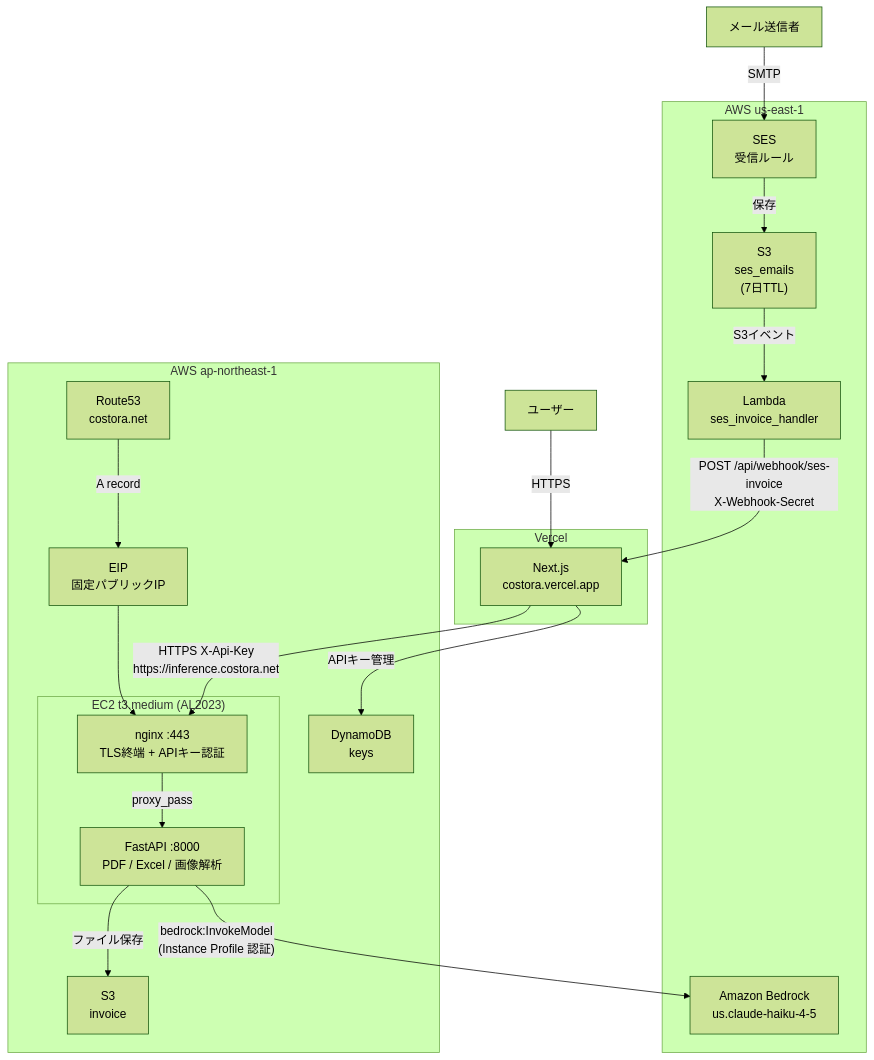
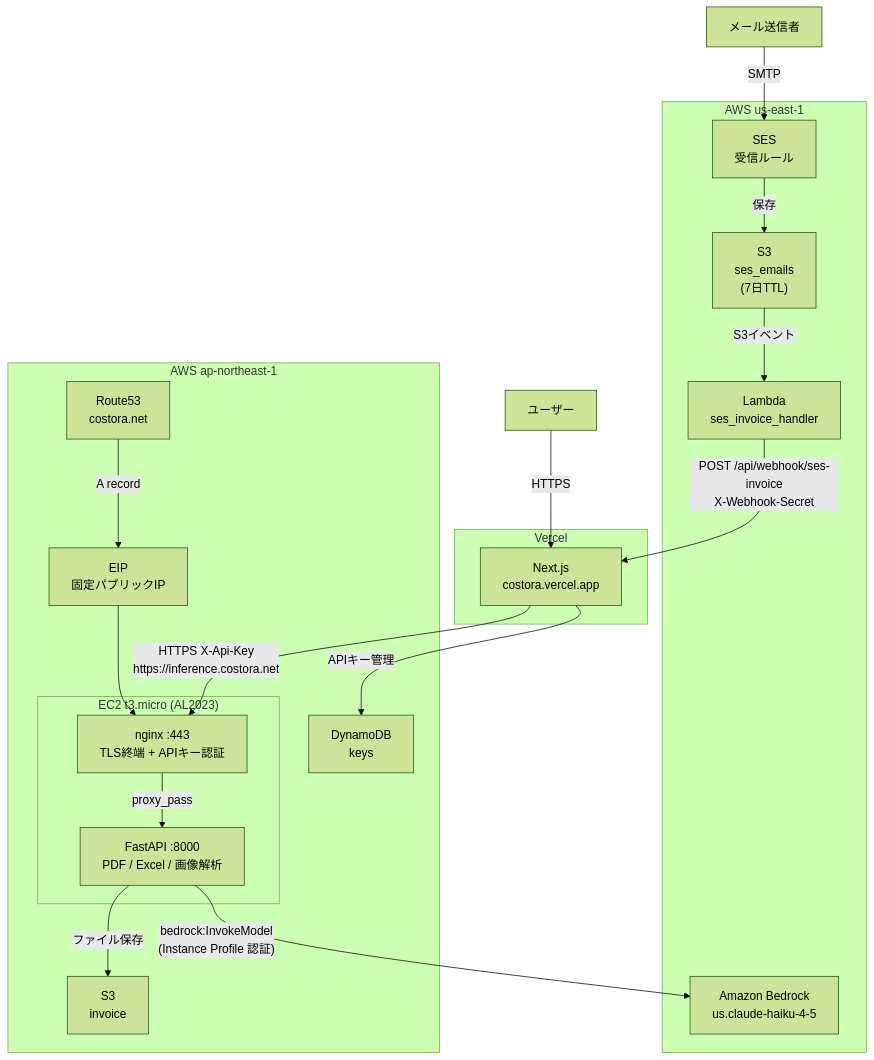
Before and after one commit to sota0113/costora-infra: the diagram in CLAUDE.md, drawn with Mermaid (forest theme). The commit also changed other lines of this file and 2 other files, not shown here.

````diff
--- a/CLAUDE.md
+++ b/CLAUDE.md
@@ -21,42 +22,42 @@
 ```mermaid
 flowchart TD
     sender["メール送信者"]
     user["ユーザー"]
 
     subgraph use1["AWS us-east-1"]
         ses["SES\n受信ルール"]
         s3mail["S3\nses_emails\n(7日TTL)"]
         lambda["Lambda\nses_invoice_handler"]
         bedrock["Amazon Bedrock\nus.claude-haiku-4-5"]
     end
 
     subgraph apne1["AWS ap-northeast-1"]
         route53["Route53\ncostora.net"]
         eip["EIP\n固定パブリックIP"]
-        subgraph ec2["EC2 t3.medium (AL2023)"]
+        subgraph ec2["EC2 t3.micro (AL2023)"]
             nginx["nginx :443\nTLS終端 + APIキー認証"]
             fastapi["FastAPI :8000\nPDF / Excel / 画像解析"]
         end
         s3inv["S3\ninvoice"]
         dynamo["DynamoDB\nkeys"]
     end
 
     subgraph vercel["Vercel"]
         nextjs["Next.js\ncostora.vercel.app"]
     end
 
     sender -->|SMTP| ses
     ses -->|保存| s3mail
     s3mail -->|S3イベント| lambda
     lambda -->|"POST /api/webhook/ses-invoice\nX-Webhook-Secret"| nextjs
 
     user -->|HTTPS| nextjs
     nextjs -->|"HTTPS X-Api-Key\nhttps://inference.costora.net"| nginx
 
     route53 -->|"A record"| eip
     eip --> nginx
     nginx -->|proxy_pass| fastapi
     fastapi -->|"bedrock:InvokeModel\n(Instance Profile 認証)"| bedrock
     fastapi -->|ファイル保存| s3inv
     nextjs -->|APIキー管理| dynamo
 ```
````
